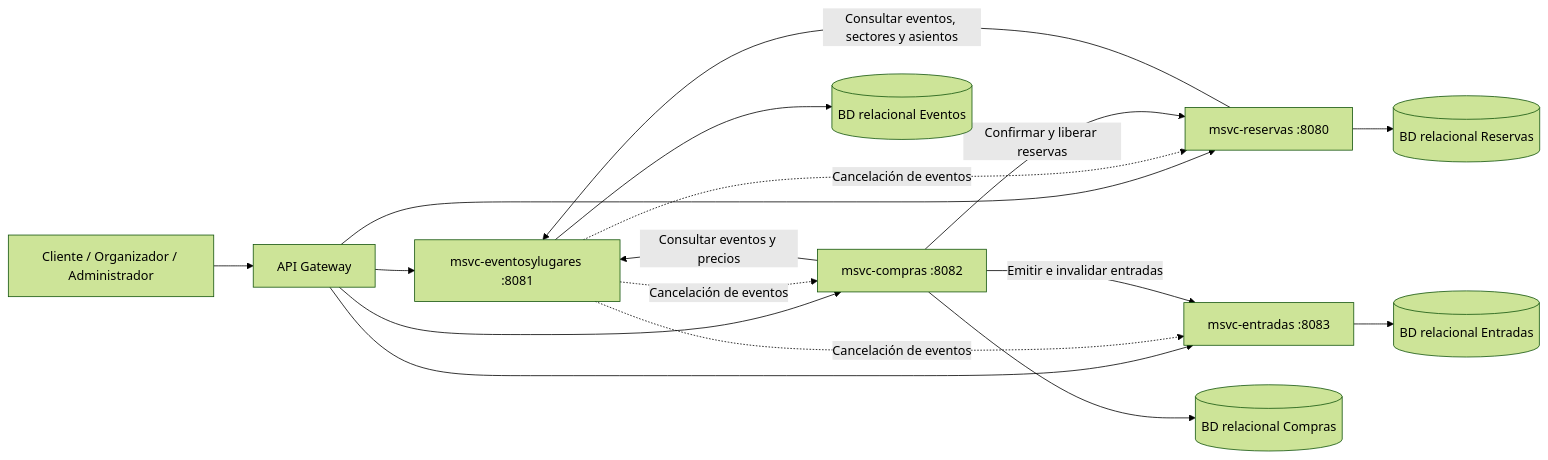
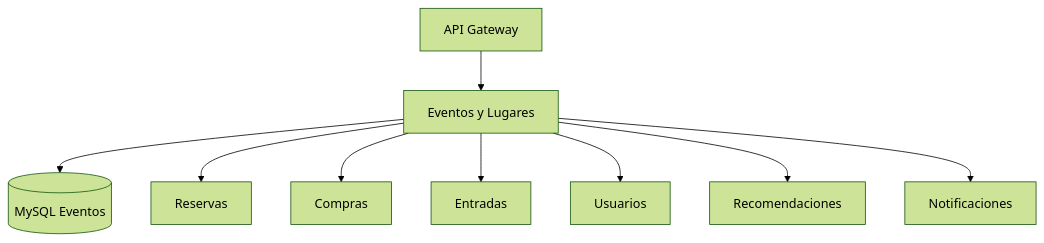
One commit to LuliDiNucci/arquitecturasGrupo12 changed the first of 2 diagrams in TPE-micro2/msvc-eventosylugares/docs/02-ARQUITECTURA-Y-DIAGRAMAS.md. Above: the diagram before and after it, drawn with Mermaid (forest theme). The commit also changed other lines of this file and 294 other files, not shown here.

````diff
--- a/TPE-micro2/msvc-eventosylugares/docs/02-ARQUITECTURA-Y-DIAGRAMAS.md
+++ b/TPE-micro2/msvc-eventosylugares/docs/02-ARQUITECTURA-Y-DIAGRAMAS.md
@@ -11,24 +23,11 @@
 ```mermaid
-flowchart LR
-    Cliente["Cliente / Organizador / Administrador"] --> Gateway["API Gateway"]
-
-    Gateway --> Eventos["msvc-eventosylugares :8081"]
-    Gateway --> Reservas["msvc-reservas :8080"]
-    Gateway --> Compras["msvc-compras :8082"]
-    Gateway --> Entradas["msvc-entradas :8083"]
-
-    Eventos --> DBE[("BD relacional Eventos")]
-    Reservas --> DBR[("BD relacional Reservas")]
-    Compras --> DBC[("BD relacional Compras")]
-    Entradas --> DBT[("BD relacional Entradas")]
-
-    Reservas -->|"Consultar eventos, sectores y asientos"| Eventos
-    Compras -->|"Consultar eventos y precios"| Eventos
-
-    Eventos -.->|"Cancelación de eventos"| Reservas
-    Eventos -.->|"Cancelación de eventos"| Entradas
-    Eventos -.->|"Cancelación de eventos"| Compras
-
-    Compras -->|"Confirmar y liberar reservas"| Reservas
-    Compras -->|"Emitir e invalidar entradas"| Entradas
+flowchart TD
+    GW["API Gateway"] --> EV["Eventos y Lugares"]
+    EV --> DB[("MySQL Eventos")]
+    EV --> RE["Reservas"]
+    EV --> CO["Compras"]
+    EV --> EN["Entradas"]
+    EV --> US["Usuarios"]
+    EV --> RC["Recomendaciones"]
+    EV --> NO["Notificaciones"]
 ```
````
